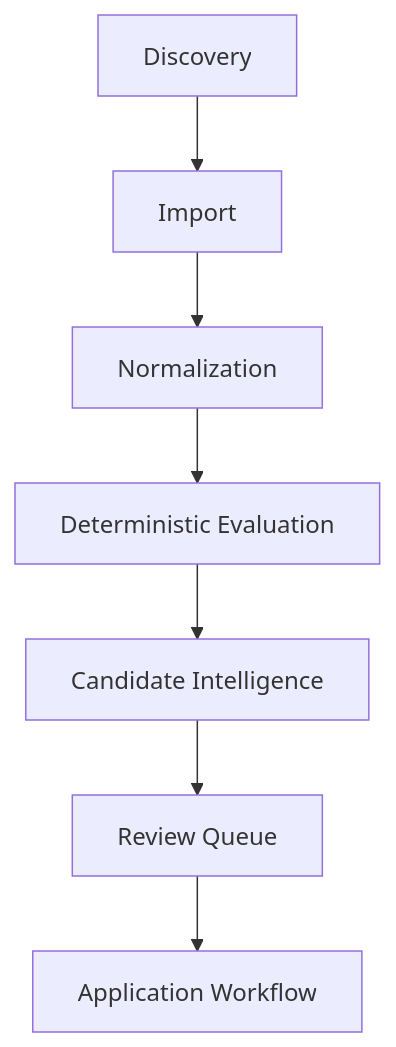
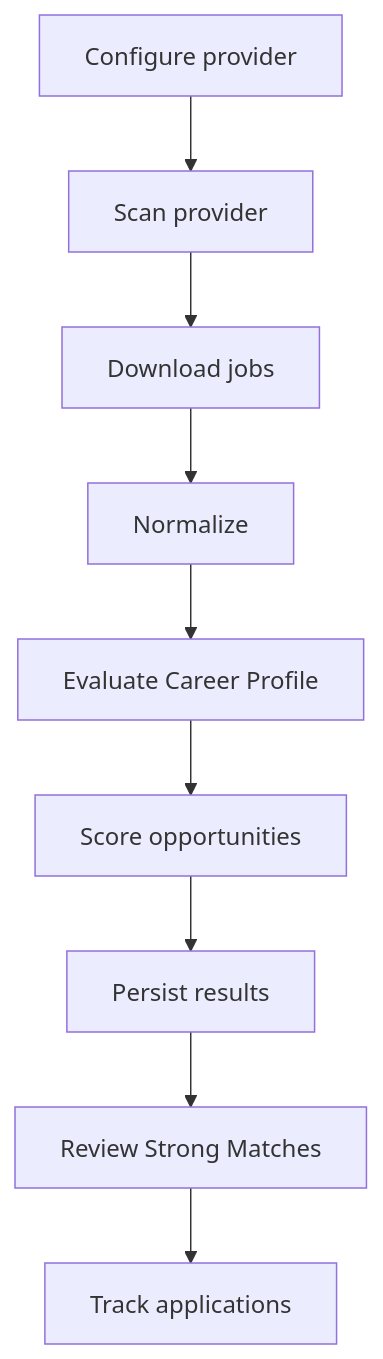
The diagram in README.md (jheavner95/job-finder), drawn with Mermaid before and after one commit. The commit also changed other lines of this file and 12 other files, not shown here.

Commit message:
Reconcile discovery scan accounting

````diff
--- a/README.md
+++ b/README.md
@@ -43,9 +160,11 @@
 ```mermaid
 flowchart TD
-  Discovery --> Import
-  Import --> Normalization
-  Normalization --> Evaluation["Deterministic Evaluation"]
-  Evaluation --> Intelligence["Candidate Intelligence"]
-  Intelligence --> Queue["Review Queue"]
-  Queue --> Workflow["Application Workflow"]
+  Configure["Configure provider"] --> Scan["Scan provider"]
+  Scan --> Download["Download jobs"]
+  Download --> Normalize
+  Normalize --> Evaluate["Evaluate Career Profile"]
+  Evaluate --> Score["Score opportunities"]
+  Score --> Persist["Persist results"]
+  Persist --> Review["Review Strong Matches"]
+  Review --> Track["Track applications"]
 ```
````
